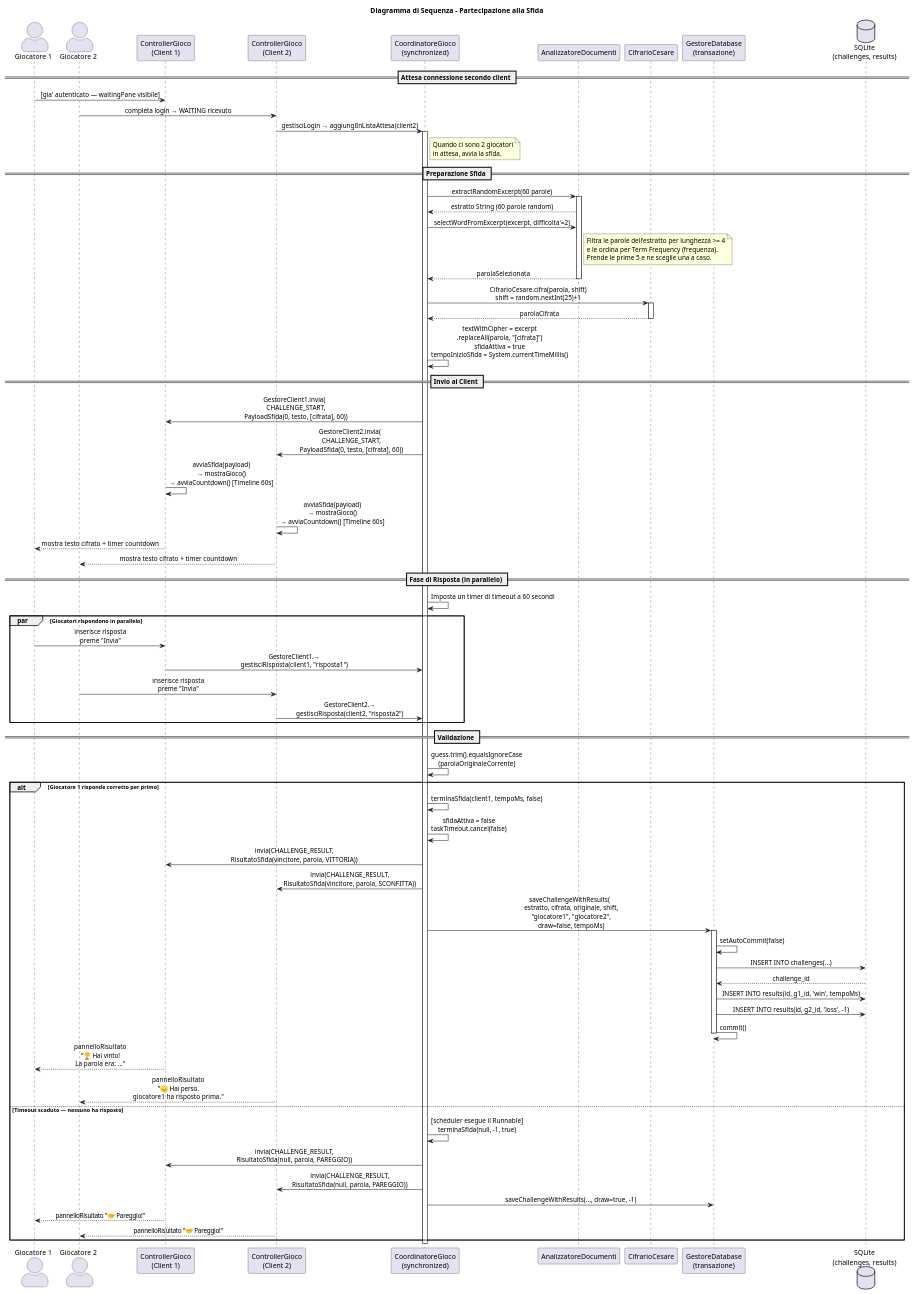
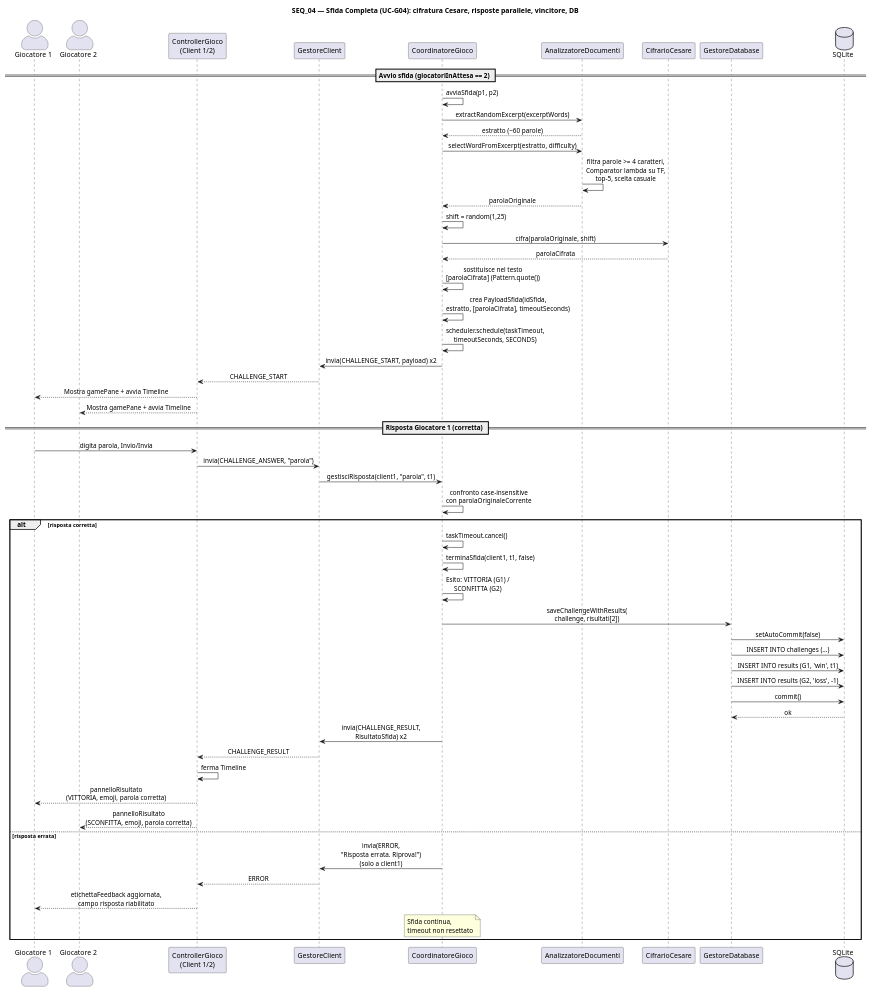
Before and after one commit to Michele-Pio-Russo/Progetto_Java_Avanzata_Gruppo_2: the diagram in Documenti/Diagrammi/SEQ_04_SfidaCompleta.puml, drawn with PlantUML. The commit also changed 26 other files, not shown here.

```diff
--- a/Documenti/Diagrammi/SEQ_04_SfidaCompleta.puml
+++ b/Documenti/Diagrammi/SEQ_04_SfidaCompleta.puml
@@ -1,109 +1,68 @@
 @startuml SEQ_04_SfidaCompleta
 skinparam actorStyle awesome
 skinparam sequenceMessageAlign center
 
-title Diagramma di Sequenza - Partecipazione alla Sfida
+title SEQ_04 — Sfida Completa (UC-G04): cifratura Cesare, risposte parallele, vincitore, DB
 
-actor "Giocatore 1" as P1
-actor "Giocatore 2" as P2
-participant "ControllerGioco\n(Client 1)" as CG1
-participant "ControllerGioco\n(Client 2)" as CG2
-participant "CoordinatoreGioco\n(synchronized)" as Coord
-participant "AnalizzatoreDocumenti" as Anal
-participant "CifrarioCesare" as Ciph
-participant "GestoreDatabase\n(transazione)" as DB
-database "SQLite\n(challenges, results)" as SQLite
+actor "Giocatore 1" as G1
+actor "Giocatore 2" as G2
+participant "ControllerGioco\n(Client 1/2)" as CG
+participant "GestoreClient" as GC
+participant "CoordinatoreGioco" as COORD
+participant "AnalizzatoreDocumenti" as AN
+participant "CifrarioCesare" as CES
+participant "GestoreDatabase" as DB_MGR
+database "SQLite" as DB
 
-== Attesa connessione secondo client ==
+== Avvio sfida (giocatoriInAttesa == 2) ==
+COORD -> COORD : avviaSfida(p1, p2)
+COORD -> AN : extractRandomExcerpt(excerptWords)
+AN --> COORD : estratto (~60 parole)
+COORD -> AN : selectWordFromExcerpt(estratto, difficulty)
+AN -> AN : filtra parole >= 4 caratteri,\nComparator lambda su TF,\ntop-5, scelta casuale
+AN --> COORD : parolaOriginale
+COORD -> COORD : shift = random(1,25)
+COORD -> CES : cifra(parolaOriginale, shift)
+CES --> COORD : parolaCifrata
+COORD -> COORD : sostituisce nel testo\n[parolaCifrata] (Pattern.quote())
+COORD -> COORD : crea PayloadSfida(idSfida,\nestratto, [parolaCifrata], timeoutSeconds)
+COORD -> COORD : scheduler.schedule(taskTimeout,\ntimeoutSeconds, SECONDS)
+COORD -> GC : invia(CHALLENGE_START, payload) x2
+GC --> CG : CHALLENGE_START
 
-P1 -> CG1 : [gia' autenticato — waitingPane visibile]
-P2 -> CG2 : completa login → WAITING ricevuto
+CG --> G1 : Mostra gamePane + avvia Timeline
+CG --> G2 : Mostra gamePane + avvia Timeline
 
-CG2 -> Coord : gestisciLogin → aggiungiInListaAttesa(client2)
-activate Coord
-note right of Coord
-  Quando ci sono 2 giocatori
-  in attesa, avvia la sfida.
-end note
+== Risposta Giocatore 1 (corretta) ==
+G1 -> CG : digita parola, Invio/Invia
+CG -> GC : invia(CHALLENGE_ANSWER, "parola")
+GC -> COORD : gestisciRisposta(client1, "parola", t1)
+COORD -> COORD : confronto case-insensitive\ncon parolaOriginaleCorrente
 
-== Preparazione Sfida ==
+alt risposta corretta
+  COORD -> COORD : taskTimeout.cancel()
+  COORD -> COORD : terminaSfida(client1, t1, false)
+  COORD -> COORD : Esito: VITTORIA (G1) /\nSCONFITTA (G2)
+  COORD -> DB_MGR : saveChallengeWithResults(\nchallenge, risultati[2])
+  DB_MGR -> DB : setAutoCommit(false)
+  DB_MGR -> DB : INSERT INTO challenges (...)
+  DB_MGR -> DB : INSERT INTO results (G1, 'win', t1)
+  DB_MGR -> DB : INSERT INTO results (G2, 'loss', -1)
+  DB_MGR -> DB : commit()
+  DB --> DB_MGR : ok
+  COORD -> GC : invia(CHALLENGE_RESULT,\nRisultatoSfida) x2
+  GC --> CG : CHALLENGE_RESULT
+  CG -> CG : ferma Timeline
+  CG --> G1 : pannelloRisultato\n(VITTORIA, emoji, parola corretta)
+  CG --> G2 : pannelloRisultato\n(SCONFITTA, emoji, parola corretta)
 
-Coord -> Anal : extractRandomExcerpt(60 parole)
-activate Anal
-Anal --> Coord : estratto String (60 parole random)
-Coord -> Anal : selectWordFromExcerpt(excerpt, difficolta'=2)
-note right of Anal
-  Filtra le parole dell'estratto per lunghezza >= 4
-  e le ordina per Term Frequency (frequenza).
-  Prende le prime 5 e ne sceglie una a caso.
-end note
-Anal --> Coord : parolaSelezionata
-deactivate Anal
-
-Coord -> Ciph : CifrarioCesare.cifra(parola, shift)\nshift = random.nextInt(25)+1
-activate Ciph
-Ciph --> Coord : parolaCifrata
-deactivate Ciph
-
-Coord -> Coord : textWithCipher = excerpt\n.replaceAll(parola, "[cifrata]")\nsfidaAttiva = true\ntempoInizioSfida = System.currentTimeMillis()
-
-== Invio ai Client ==
-
-Coord -> CG1 : GestoreClient1.invia(\n  CHALLENGE_START,\n  PayloadSfida(0, testo, [cifrata], 60))
-Coord -> CG2 : GestoreClient2.invia(\n  CHALLENGE_START,\n  PayloadSfida(0, testo, [cifrata], 60))
-
-CG1 -> CG1 : avviaSfida(payload)\n→ mostraGioco()\n→ avviaCountdown() [Timeline 60s]
-CG2 -> CG2 : avviaSfida(payload)\n→ mostraGioco()\n→ avviaCountdown() [Timeline 60s]
-
-CG1 --> P1 : mostra testo cifrato + timer countdown
-CG2 --> P2 : mostra testo cifrato + timer countdown
-
-== Fase di Risposta (in parallelo) ==
-
-Coord -> Coord : Imposta un timer di timeout a 60 secondi
-
-par Giocatori rispondono in parallelo
-  P1 -> CG1 : inserisce risposta\npreme "Invia"
-  CG1 -> Coord : GestoreClient1.→\ngestisciRisposta(client1, "risposta1")
-
-  P2 -> CG2 : inserisce risposta\npreme "Invia"
-  CG2 -> Coord : GestoreClient2.→\ngestisciRisposta(client2, "risposta2")
+else risposta errata
+  COORD -> GC : invia(ERROR,\n"Risposta errata. Riprova!")\n(solo a client1)
+  GC --> CG : ERROR
+  CG --> G1 : etichettaFeedback aggiornata,\ncampo risposta riabilitato
+  note over COORD
+    Sfida continua,
+    timeout non resettato
+  end note
 end
-
-== Validazione ==
-
-Coord -> Coord : guess.trim().equalsIgnoreCase\n(parolaOriginaleCorrente)
-
-alt Giocatore 1 risponde corretto per primo
-  Coord -> Coord : terminaSfida(client1, tempoMs, false)
-  Coord -> Coord : sfidaAttiva = false\ntaskTimeout.cancel(false)
-
-  Coord -> CG1 : invia(CHALLENGE_RESULT,\nRisultatoSfida(vincitore, parola, VITTORIA))
-  Coord -> CG2 : invia(CHALLENGE_RESULT,\nRisultatoSfida(vincitore, parola, SCONFITTA))
-
-  Coord -> DB : saveChallengeWithResults(\n  estratto, cifrata, originale, shift,\n  "giocatore1", "giocatore2",\n  draw=false, tempoMs)
-  activate DB
-  DB -> DB : setAutoCommit(false)
-  DB -> SQLite : INSERT INTO challenges(...)
-  SQLite --> DB : challenge_id
-  DB -> SQLite : INSERT INTO results(id, g1_id, 'win', tempoMs)
-  DB -> SQLite : INSERT INTO results(id, g2_id, 'loss', -1)
-  DB -> DB : commit()
-  deactivate DB
-
-  CG1 --> P1 : pannelloRisultato\n"🏆 Hai vinto!\nLa parola era: ..."
-  CG2 --> P2 : pannelloRisultato\n"😞 Hai perso.\ngiocatore1 ha risposto prima."
-
-else Timeout scaduto — nessuno ha risposto
-  Coord -> Coord : [scheduler esegue il Runnable]\nterminaSfida(null, -1, true)
-  Coord -> CG1 : invia(CHALLENGE_RESULT,\nRisultatoSfida(null, parola, PAREGGIO))
-  Coord -> CG2 : invia(CHALLENGE_RESULT,\nRisultatoSfida(null, parola, PAREGGIO))
-  Coord -> DB : saveChallengeWithResults(..., draw=true, -1)
-
-  CG1 --> P1 : pannelloRisultato "🤝 Pareggio!"
-  CG2 --> P2 : pannelloRisultato "🤝 Pareggio!"
-end
-
-deactivate Coord
-
 @enduml
```
